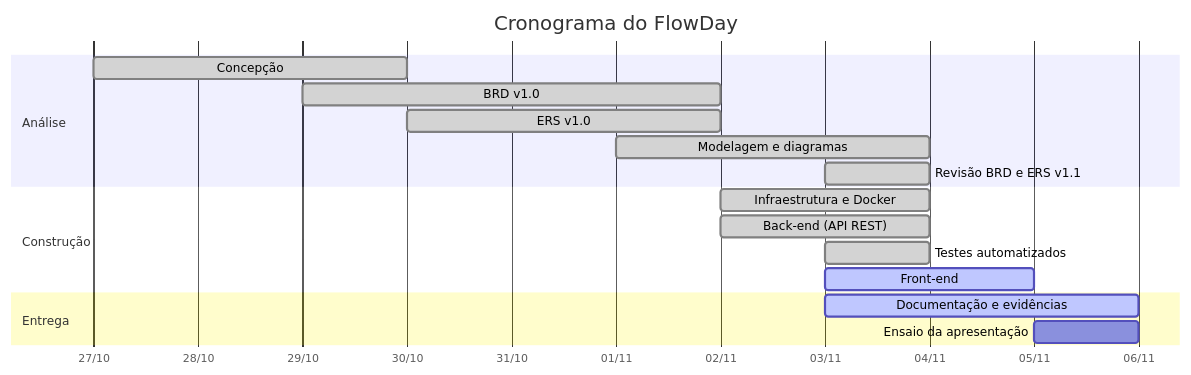
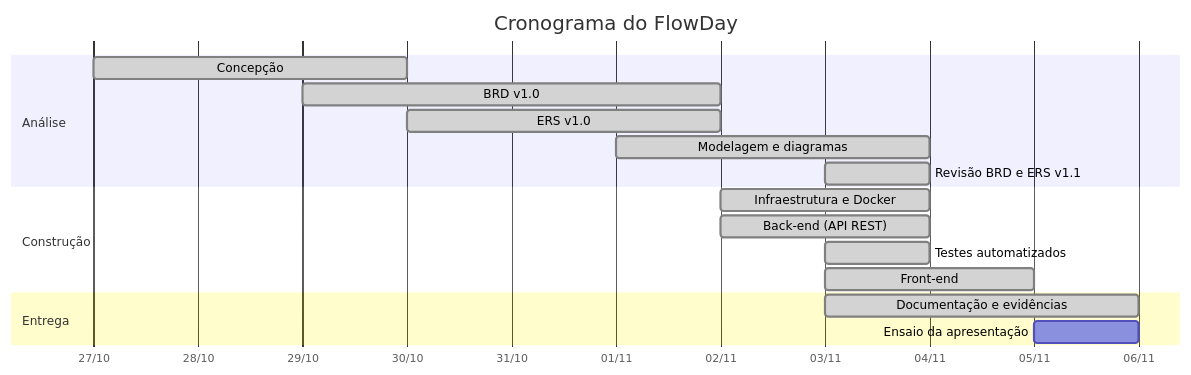
One commit to HeberMacedo/FLOWDAY changed the diagram in docs/planejamento.md. Above: the diagram before and after it, drawn with Mermaid. The commit also changed other lines of this file and 5 other files, not shown here.

````diff
--- a/docs/planejamento.md
+++ b/docs/planejamento.md
@@ -32,23 +32,23 @@
 ```mermaid
 gantt
     title Cronograma do FlowDay
     dateFormat  YYYY-MM-DD
     axisFormat  %d/%m
 
     section Análise
     Concepção                 :done,    f1, 2026-10-27, 3d
     BRD v1.0                  :done,    f2, 2026-10-29, 4d
     ERS v1.0                  :done,    f3, 2026-10-30, 3d
     Modelagem e diagramas     :done,    f4, 2026-11-01, 3d
     Revisão BRD e ERS v1.1    :done,    f5, 2026-11-03, 1d
 
     section Construção
     Infraestrutura e Docker   :done,    f6, 2026-11-02, 2d
     Back-end (API REST)       :done,    f7, 2026-11-02, 2d
     Testes automatizados      :done,    f8, 2026-11-03, 1d
-    Front-end                 :active,  f9, 2026-11-03, 2d
+    Front-end                 :done,    f9, 2026-11-03, 2d
 
     section Entrega
-    Documentação e evidências :active,  f10, 2026-11-03, 3d
+    Documentação e evidências :done,    f10, 2026-11-03, 3d
     Ensaio da apresentação    :         f11, 2026-11-05, 1d
 ```
````
